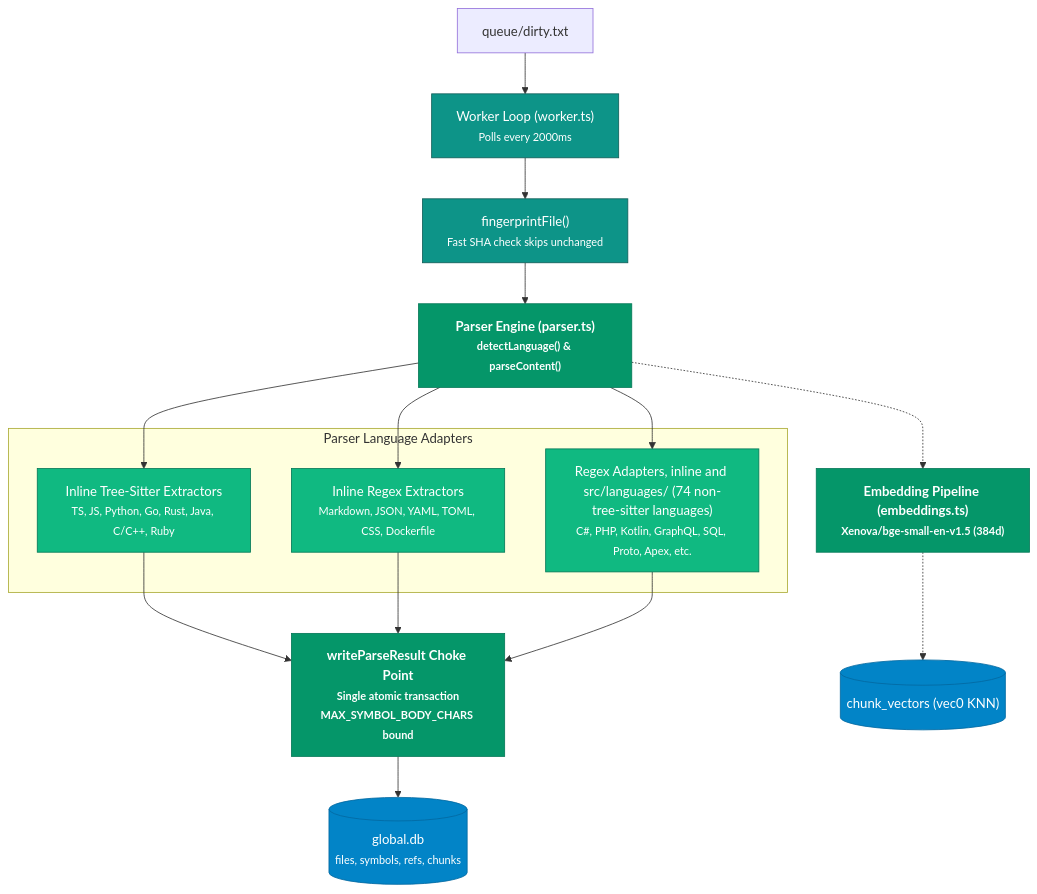
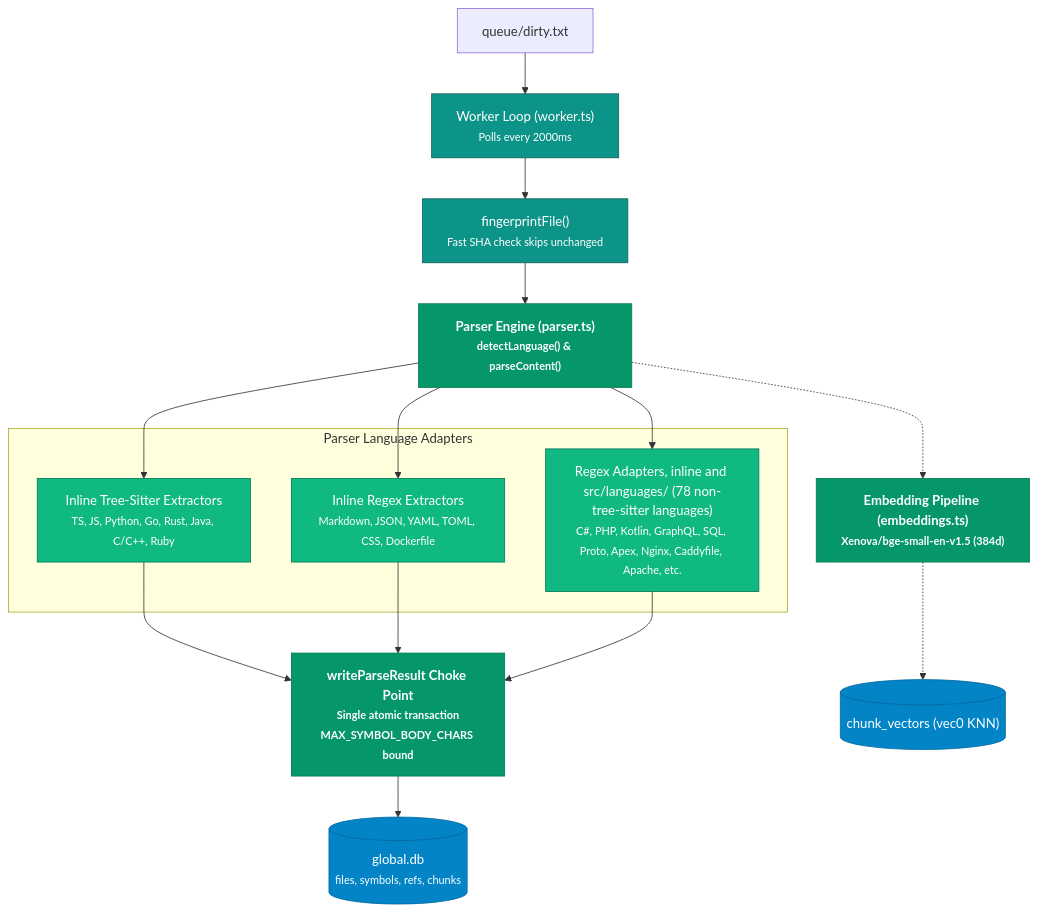
The fourth of 7 diagrams in docs/C4_RUNTIME_ARCHITECTURE.md (DFKHelper/token-goat), drawn with Mermaid before and after one commit. The commit also changed 14 other files, not shown here.

First line of the commit message:
feat(languages): add extractors for Nginx, Caddy, Apache, and extend SQL dialects

````diff
--- a/docs/C4_RUNTIME_ARCHITECTURE.md
+++ b/docs/C4_RUNTIME_ARCHITECTURE.md
@@ -180,30 +180,30 @@
 ```mermaid
 flowchart TB
     classDef parser fill:#059669,stroke:#047857,color:#ffffff,font-weight:bold;
     classDef worker fill:#0D9488,stroke:#115E59,color:#ffffff;
     classDef adapter fill:#10B981,stroke:#047857,color:#ffffff;
     classDef db fill:#0284C7,stroke:#0369A1,color:#ffffff;
 
     DirtyQueue["queue/dirty.txt"] --> WorkerLoop["Worker Loop (worker.ts)<br/><small>Polls every 2000ms</small>"]:::worker
     WorkerLoop --> Fingerprint["fingerprintFile()<br/><small>Fast SHA check skips unchanged</small>"]:::worker
     Fingerprint --> Parser["Parser Engine (parser.ts)<br/><small>detectLanguage() & parseContent()</small>"]:::parser
 
     subgraph ParserAdapters ["Parser Language Adapters"]
         TreeSitter["Inline Tree-Sitter Extractors<br/><small>TS, JS, Python, Go, Rust, Java, C/C++, Ruby</small>"]:::adapter
         RegexInline["Inline Regex Extractors<br/><small>Markdown, JSON, YAML, TOML, CSS, Dockerfile</small>"]:::adapter
-        LangAdapters["Regex Adapters, inline and src/languages/ (74 non-tree-sitter languages)<br/><small>C#, PHP, Kotlin, GraphQL, SQL, Proto, Apex, etc.</small>"]:::adapter
+        LangAdapters["Regex Adapters, inline and src/languages/ (78 non-tree-sitter languages)<br/><small>C#, PHP, Kotlin, GraphQL, SQL, Proto, Apex, Nginx, Caddyfile, Apache, etc.</small>"]:::adapter
     end
 
     Parser --> TreeSitter
     Parser --> RegexInline
     Parser --> LangAdapters
 
     TreeSitter --> ChokePoint["writeParseResult Choke Point<br/><small>Single atomic transaction<br/>MAX_SYMBOL_BODY_CHARS bound</small>"]:::parser
     RegexInline --> ChokePoint
     LangAdapters --> ChokePoint
 
     ChokePoint --> GlobalDB[("global.db<br/><small>files, symbols, refs, chunks</small>")]:::db
     
     Parser -.-> Embedder["Embedding Pipeline (embeddings.ts)<br/><small>Xenova/bge-small-en-v1.5 (384d)</small>"]:::parser
     Embedder -.-> VecDB[("chunk_vectors (vec0 KNN)")]:::db
 ```
````
